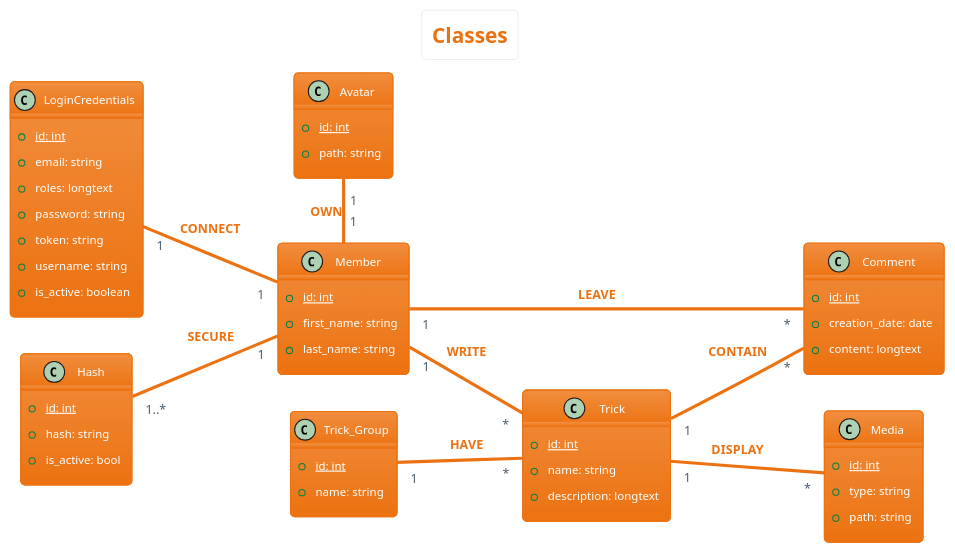
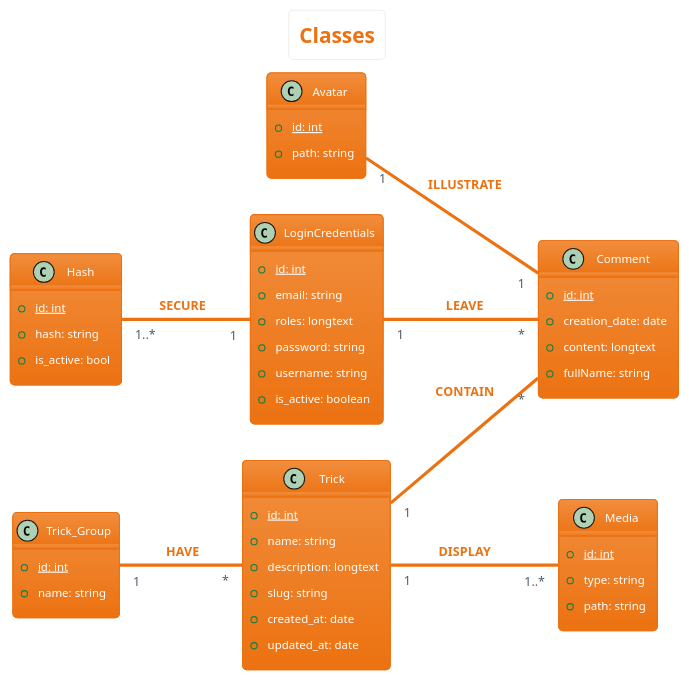
The diagram in diagrammes/class/class.plantuml (sebastien-d-me/SnowTricks), drawn with PlantUML before and after one commit. The commit also changed 6 other files, not shown here.

```diff
--- a/diagrammes/class/class.plantuml
+++ b/diagrammes/class/class.plantuml
@@ -1,78 +1,72 @@
 @startuml classes
 left to right direction
 skinparam actorStyle Awesome
 skinparam ArrowThickness 1
 !theme aws-orange
 skinparam backgroundcolor White
 
 'Titre'
 title Classes
 
 'Comment'
 class Comment {
     {static} +id: int
     +creation_date: date
     +content: longtext
+    +fullName: string
 }
 
 'Trick Group'
 class Trick_Group {
     {static} +id: int
     +name: string
 }
 
-'Member'
-class Member {
-    {static} +id: int
-    +first_name: string
-    +last_name: string
-}
-
 'Login Credentials'
 class LoginCredentials {
     {static} +id: int
     +email: string
     +roles: longtext
     +password: string
-    +token: string
     +username: string
     +is_active: boolean
 }
 
 'Trick'
 class Trick {
     {static} +id: int
     +name: string
     +description: longtext
+    +slug: string 
+    +created_at: date 
+    +updated_at: date
 }
 
 'Hash'
 class Hash {
     {static} +id: int
     +hash: string
     +is_active: bool 
 }
 
 'Media'
 class Media {
     {static} +id: int
     +type: string
     +path: string 
 }
 
 'Avatar'
 class Avatar {
     {static} +id: int
     +path: string
 }
 
 'Déroulement'
-Avatar "1" - "1" Member: $warning("OWN")
-LoginCredentials "1" -- "1" Member: $warning("CONNECT")
-Hash "1..*" -- "1" Member: $warning("SECURE")
-Member "1" -- "*" Trick: $warning("WRITE")
-Member "1" -- "*" Comment: $warning("LEAVE")
+Hash "1..*" -- "1" LoginCredentials: $warning("SECURE")
+Avatar "1" -- "1" Comment : $warning("ILLUSTRATE")
+LoginCredentials "1" -- "*" Comment: $warning("LEAVE")
 Trick "1" -- "*" Comment: $warning("CONTAIN")
 Trick_Group "1" -- "*" Trick: $warning("HAVE")
-Trick "1" -- "*" Media: $warning("DISPLAY")
+Trick "1" -- "1..*" Media: $warning("DISPLAY")
 @enduml
```
